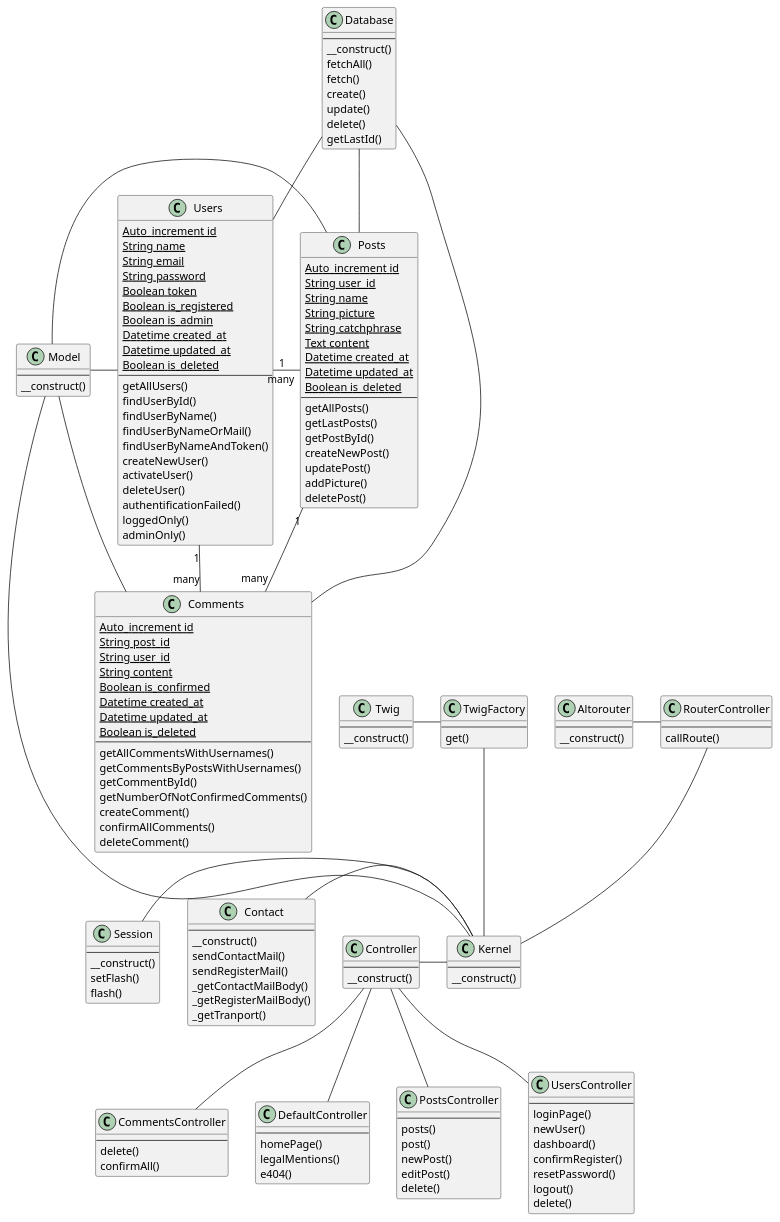
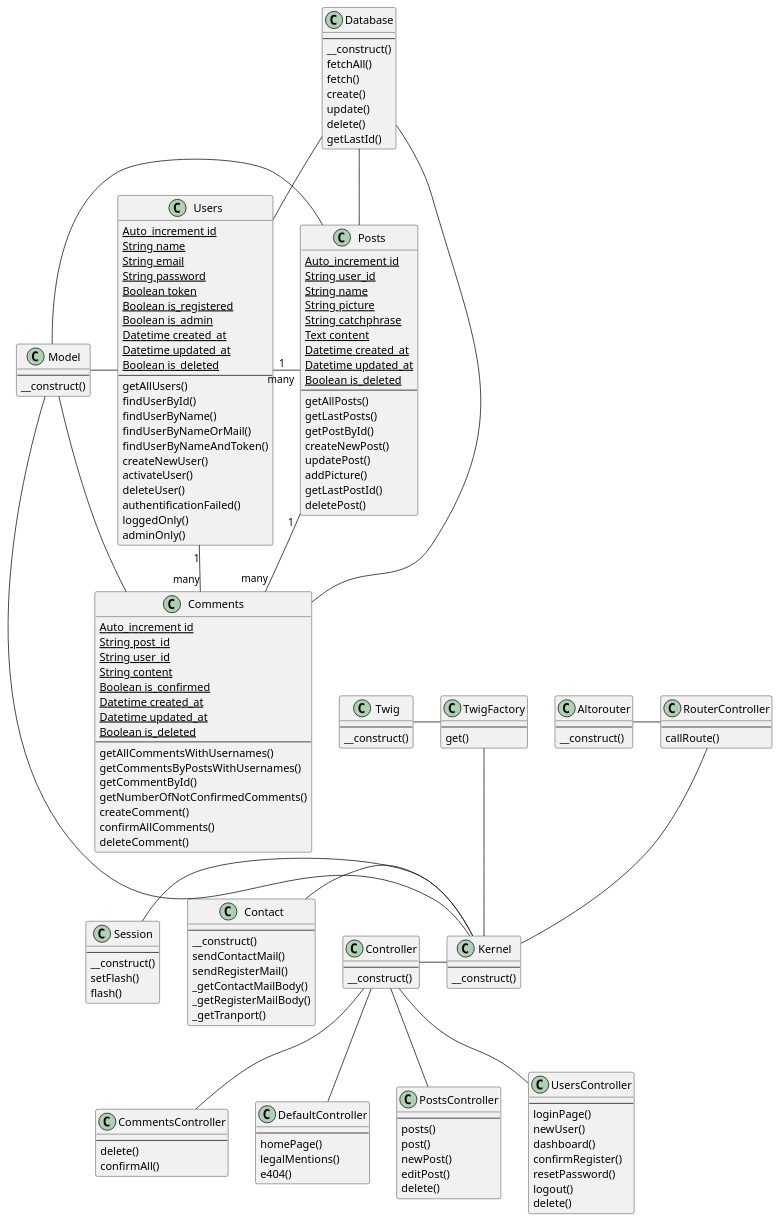
The diagram in diagrammes/class.plantuml (HaiseB/P5_blogPhp), drawn with PlantUML before and after one commit. The commit also changed 3 other files, not shown here.

```diff
--- a/diagrammes/class.plantuml
+++ b/diagrammes/class.plantuml
@@ -1,192 +1,193 @@
 @startuml class
 
 class Users {
     {static} Auto_increment id
     {static} String name
     {static} String email
     {static} String password
     {static} Boolean token
     {static} Boolean is_registered
     {static} Boolean is_admin
     {static} Datetime created_at
     {static} Datetime updated_at
     {static} Boolean is_deleted
     ---
     getAllUsers()
     findUserById()
     findUserByName()
     findUserByNameOrMail()
     findUserByNameAndToken()
     createNewUser()
     activateUser()
     deleteUser()
     authentificationFailed()
     loggedOnly()
     adminOnly()
 }
 
 class Posts {
     {static} Auto_increment id
     {static} String user_id
     {static} String name
     {static} String picture
     {static} String catchphrase
     {static} Text content
     {static} Datetime created_at
     {static} Datetime updated_at
     {static} Boolean is_deleted
     ---
     getAllPosts()
     getLastPosts()
     getPostById()
     createNewPost()
     updatePost()
     addPicture()
+    getLastPostId()
     deletePost()
 }
 
 class Comments {
     {static} Auto_increment id
     {static} String post_id
     {static} String user_id
     {static} String content
     {static} Boolean is_confirmed
     {static} Datetime created_at
     {static} Datetime updated_at
     {static} Boolean is_deleted
     ---
     getAllCommentsWithUsernames()
     getCommentsByPostsWithUsernames()
     getCommentById()
     getNumberOfNotConfirmedComments()
     createComment()
     confirmAllComments()
     deleteComment()
 }
 
 Users "1" - "many" Posts
 Users "1" - "many" Comments
 Posts "1" -- "many" Comments
 
 class CommentsController {
     ---
     delete()
     confirmAll()
 }
 
 class DefaultController {
     ---
     homePage()
     legalMentions()
     e404()
 }
 
 class PostsController {
     ---
     posts()
     post()
     newPost()
     editPost()
     delete()
 }
 
 class UsersController {
     ---
     loginPage()
     newUser()
     dashboard()
     confirmRegister()
     resetPassword()
     logout()
     delete()
 }
 
 class Twig {
     ---
     __construct()
 }
 
 class TwigFactory {
     ---
     get()
 }
 
 Twig - TwigFactory
 
 class Session {
     ---
     __construct()
     setFlash()
     flash()
 }
 
 class Altorouter {
     ---
     __construct()
 }
 
 class RouterController {
     ---
     callRoute()
 }
 
 Altorouter - RouterController
 
 class Model {
     ---
     __construct()
 }
 
 Model - Users
 Model - Posts
 Model - Comments
 
 class Kernel {
     ---
     __construct()
 }
 
 Session - Kernel
 RouterController -- Kernel
 TwigFactory -- Kernel
 Contact - Kernel
 Controller - Kernel
 Model --- Kernel
 
 class Database {
     ---
     __construct()
     fetchAll()
     fetch()
     create()
     update()
     delete()
     getLastId()
 }
 
 Database -- Users
 Database -- Posts
 Database -- Comments
 
 class Controller {
     ---
     __construct()
 }
 
 Controller -- CommentsController
 Controller -- DefaultController
 Controller -- PostsController
 Controller -- UsersController
 
 class Contact {
     ---
     __construct()
     sendContactMail()
     sendRegisterMail()
     _getContactMailBody()
     _getRegisterMailBody()
     _getTranport()
 }
 
 
 @enduml
```
